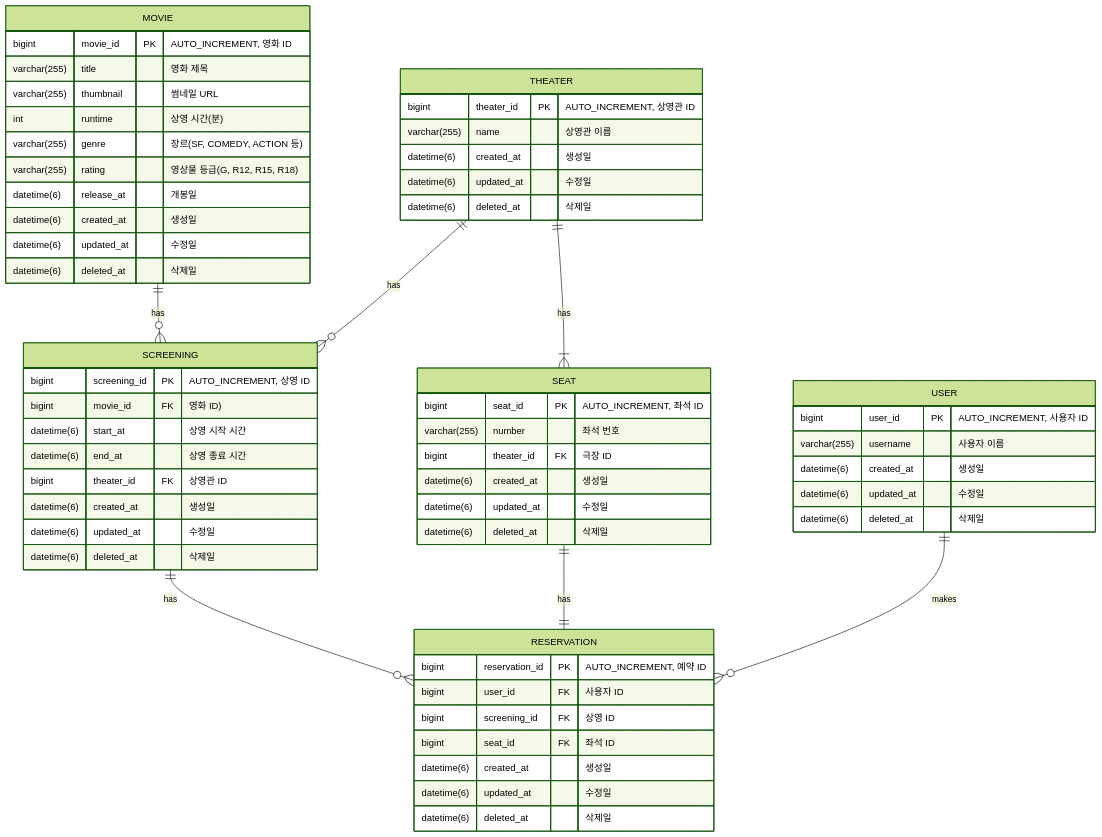
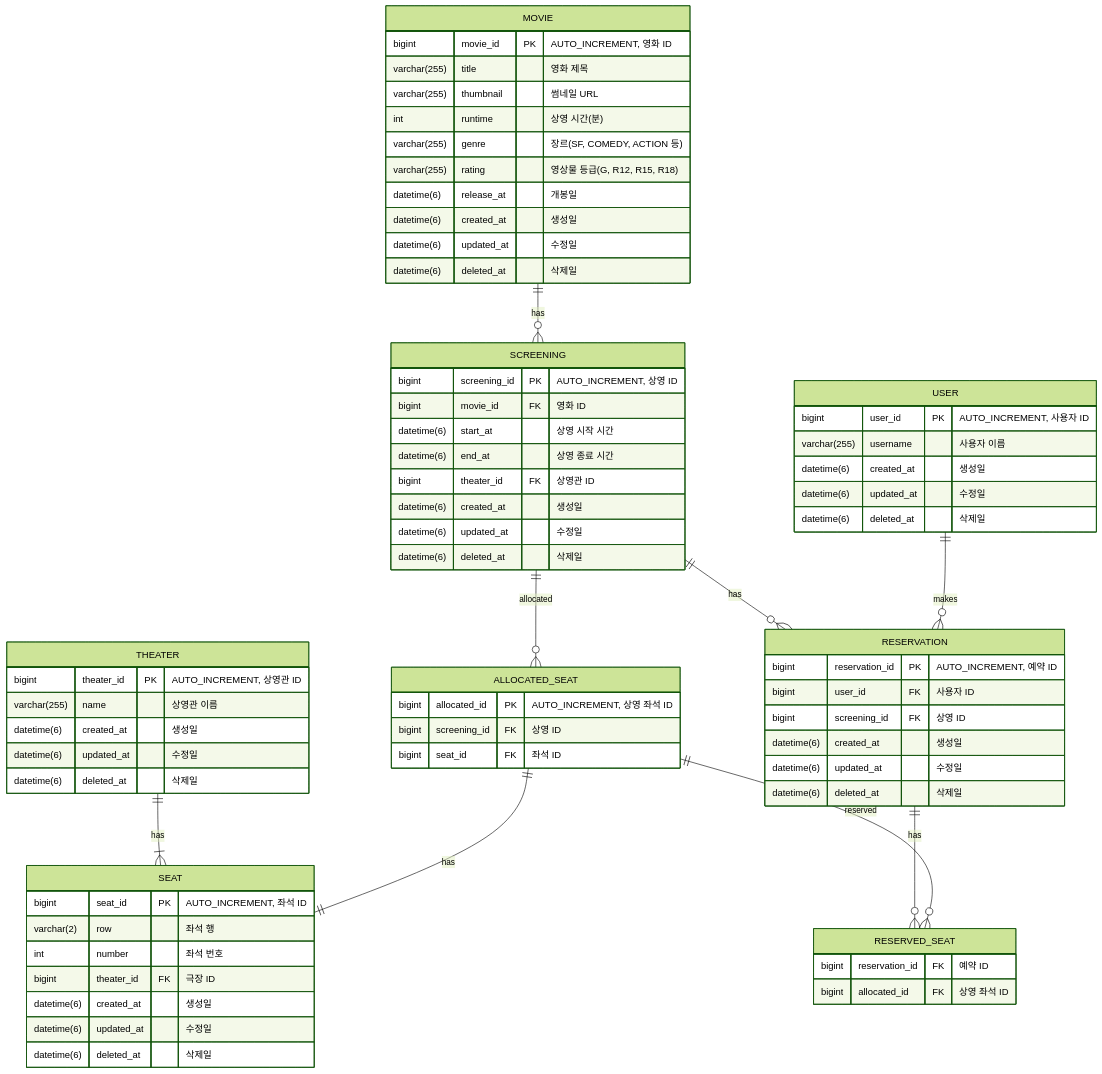
The second of 2 diagrams in README.md (simhw/redis-study), drawn with Mermaid (forest theme) before and after one commit.

Commit message:
docs: erd 수정 및 테이블 추가

````diff
--- a/README.md
+++ b/README.md
@@ -31,68 +31,82 @@
 ```mermaid
 erDiagram
     MOVIE {
         bigint movie_id PK "AUTO_INCREMENT, 영화 ID"
         varchar(255) title "영화 제목"
         varchar(255) thumbnail "썸네일 URL"
         int runtime "상영 시간(분)"
         varchar(255) genre "장르(SF, COMEDY, ACTION 등)"
         varchar(255) rating "영상물 등급(G, R12, R15, R18)"
         datetime(6) release_at "개봉일"
         datetime(6) created_at "생성일"
         datetime(6) updated_at "수정일"
         datetime(6) deleted_at "삭제일"
     }
 
     SCREENING {
         bigint screening_id PK "AUTO_INCREMENT, 상영 ID"
-        bigint movie_id FK "영화 ID)"
+        bigint movie_id FK "영화 ID"
         datetime(6) start_at "상영 시작 시간"
         datetime(6) end_at "상영 종료 시간"
         bigint theater_id FK "상영관 ID"
         datetime(6) created_at "생성일"
         datetime(6) updated_at "수정일"
         datetime(6) deleted_at "삭제일"
+    }
+
+    ALLOCATED_SEAT {
+        bigint allocated_id PK "AUTO_INCREMENT, 상영 좌석 ID"
+        bigint screening_id FK "상영 ID"
+        bigint seat_id FK "좌석 ID"
     }
 
     THEATER {
         bigint theater_id PK "AUTO_INCREMENT, 상영관 ID"
         varchar(255) name "상영관 이름"
         datetime(6) created_at "생성일"
         datetime(6) updated_at "수정일"
         datetime(6) deleted_at "삭제일"
     }
 
     SEAT {
         bigint seat_id PK "AUTO_INCREMENT, 좌석 ID"
-        varchar(255) number "좌석 번호"
+        varchar(2) row "좌석 행"
+        int number "좌석 번호"
         bigint theater_id FK "극장 ID"
         datetime(6) created_at "생성일"
         datetime(6) updated_at "수정일"
         datetime(6) deleted_at "삭제일"
     }
 
     RESERVATION {
         bigint reservation_id PK "AUTO_INCREMENT, 예약 ID"
         bigint user_id FK "사용자 ID"
         bigint screening_id FK "상영 ID"
-        bigint seat_id FK "좌석 ID"
         datetime(6) created_at "생성일"
         datetime(6) updated_at "수정일"
         datetime(6) deleted_at "삭제일"
+    }
+
+    RESERVED_SEAT {
+        bigint reservation_id FK "예약 ID"
+        bigint allocated_id FK "상영 좌석 ID"
     }
 
     USER {
         bigint user_id PK "AUTO_INCREMENT, 사용자 ID"
         varchar(255) username "사용자 이름"
         datetime(6) created_at "생성일"
         datetime(6) updated_at "수정일"
         datetime(6) deleted_at "삭제일"
     }
 
     MOVIE ||--o{ SCREENING: "has"
-    THEATER ||--o{ SCREENING: "has"
     THEATER ||--|{ SEAT: "has"
+    SCREENING ||--o{ ALLOCATED_SEAT: "allocated"
+    ALLOCATED_SEAT ||--|| SEAT: "has"
     SCREENING ||--o{ RESERVATION: "has"
-    SEAT ||-- || RESERVATION: "has"
+    RESERVATION ||--o{ RESERVED_SEAT: "has"
+    ALLOCATED_SEAT ||--o{ RESERVED_SEAT: "reserved"
     USER ||--o{ RESERVATION: "makes"
+
 ```
````
